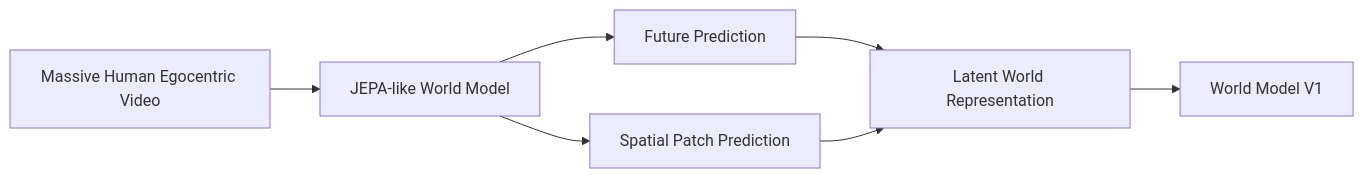
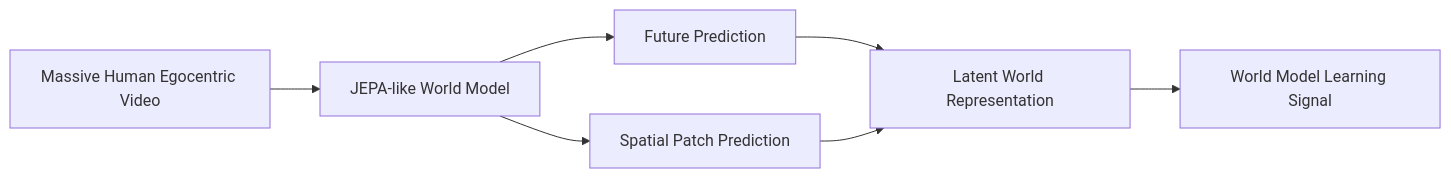
Before and after one commit to Freelunch-AI/freelunch-ide: the third of 17 diagrams in docs/specs/post-demo/lunch_robotics.md, drawn with Mermaid. The commit also changed other lines of this file, not shown here.

First line of the commit message:
Enhance Foundation Model Data Funnel explanation

````diff
--- a/docs/specs/post-demo/lunch_robotics.md
+++ b/docs/specs/post-demo/lunch_robotics.md
@@ -135,13 +349,13 @@
 ```mermaid
 flowchart LR
     A["Massive Human Egocentric Video"]
     --> B["JEPA-like World Model"]
 
     B --> C["Future Prediction"]
     B --> D["Spatial Patch Prediction"]
 
     C --> E["Latent World Representation"]
     D --> E
 
-    E --> F["World Model V1"]
+    E --> F["World Model Learning Signal"]
 ```
````
